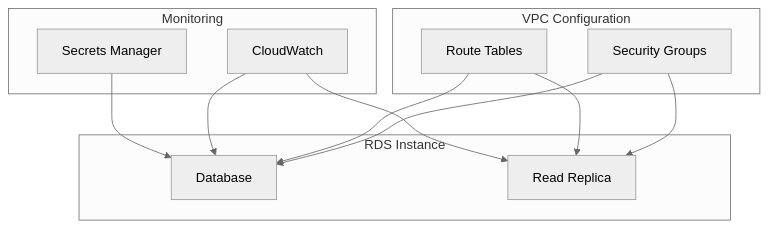
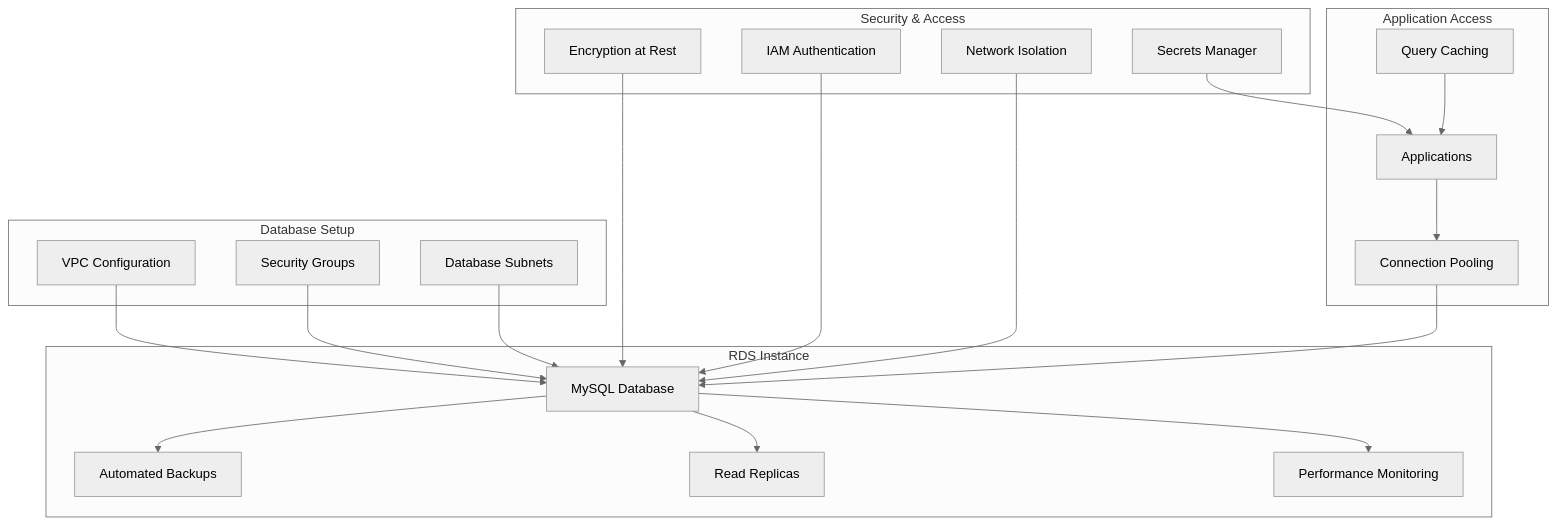
One commit to superluminar-io/aws-modular-workshop changed the first of 2 diagrams in docs/labs/lab_220_rds_basics/1_hands_on.md. Above: the diagram before and after it, drawn with Mermaid (neutral theme). The commit also changed other lines of this file and 36 other files, not shown here.

````diff
--- a/docs/labs/lab_220_rds_basics/1_hands_on.md
+++ b/docs/labs/lab_220_rds_basics/1_hands_on.md
@@ -5,26 +16,45 @@
 ```mermaid
 flowchart TD
-    subgraph RDS["RDS Instance"]
-        DB[Database]
-        RR[Read Replica]
+    subgraph Setup["Database Setup"]
+        VPC[VPC Configuration]
+        SG[Security Groups]
+        SUBNET[Database Subnets]
     end
 
-    subgraph VPC["VPC Configuration"]
-        SG[Security Groups]
-        RT[Route Tables]
+    subgraph RDS["RDS Instance"]
+        DB[MySQL Database]
+        BACKUP[Automated Backups]
+        REPLICA[Read Replicas]
+        MONITOR[Performance Monitoring]
     end
 
-    subgraph Monitoring["Monitoring"]
-        CW[CloudWatch]
+    subgraph Security["Security & Access"]
         SM[Secrets Manager]
+        ENCRYPT[Encryption at Rest]
+        IAM[IAM Authentication]
+        NETWORK[Network Isolation]
     end
 
+    subgraph Applications["Application Access"]
+        APP[Applications]
+        CONNECT[Connection Pooling]
+        CACHE[Query Caching]
+    end
+
+    VPC --> DB
     SG --> DB
-    SG --> RR
-    RT --> DB
-    RT --> RR
+    SUBNET --> DB
 
-    CW --> DB
-    CW --> RR
-    SM --> DB
+    DB --> BACKUP
+    DB --> REPLICA
+    DB --> MONITOR
+
+    SM --> APP
+    ENCRYPT --> DB
+    IAM --> DB
+    NETWORK --> DB
+
+    APP --> CONNECT
+    CONNECT --> DB
+    CACHE --> APP
 ```
````
